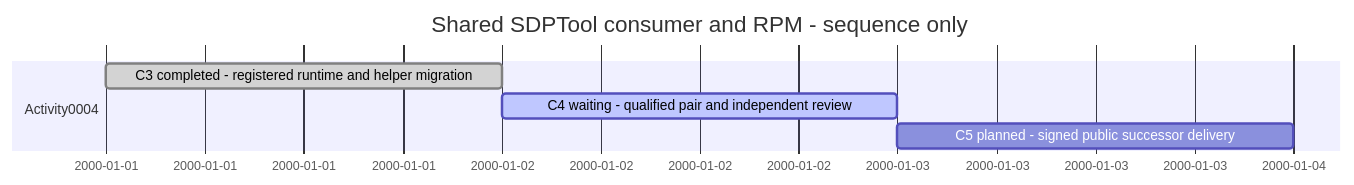
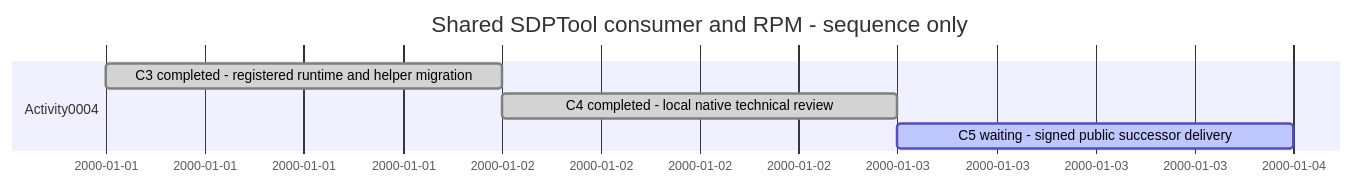
Before and after one commit to Hans-Einar/xfmd: the diagram in SDP/Sessions/session-#0011--Shared-tool-consumer.md, drawn with Mermaid. The commit also changed other lines of this file and 5 other files, not shown here.

Commit message:
Record independent native artifact approval

````diff
--- a/SDP/Sessions/session-#0011--Shared-tool-consumer.md
+++ b/SDP/Sessions/session-#0011--Shared-tool-consumer.md
@@ -7,9 +7,9 @@
 ```mermaid
 gantt
     title Shared SDPTool consumer and RPM - sequence only
     dateFormat YYYY-MM-DD
     section Activity0004
     C3 completed - registered runtime and helper migration :done, c3, 2000-01-01, 1d
-    C4 waiting - qualified pair and independent review :active, c4, after c3, 1d
-    C5 planned - signed public successor delivery :c5, after c4, 1d
+    C4 completed - local native technical review :done, c4, after c3, 1d
+    C5 waiting - signed public successor delivery :active, c5, after c4, 1d
 ```
````
